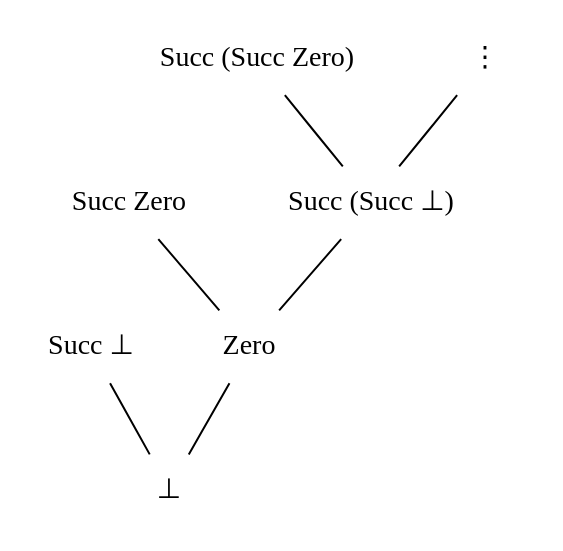
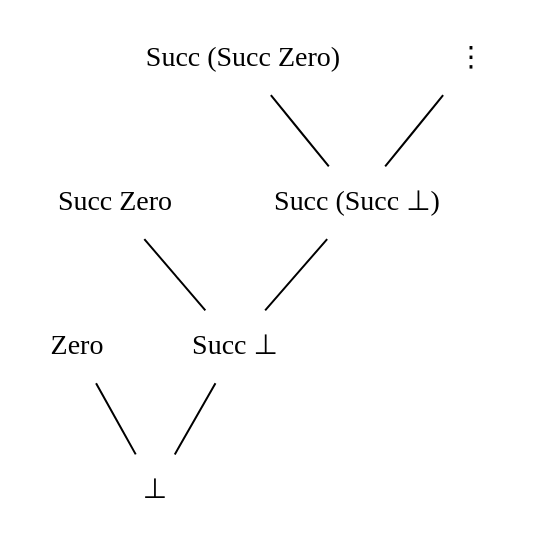
The diagram in scratch/natdomain.dot (danr/hip), drawn with Graphviz before and after one commit. The commit also changed 1 other file, not shown here.

```diff
--- a/scratch/natdomain.dot
+++ b/scratch/natdomain.dot
@@ -1,35 +1,35 @@
 graph natdomain
 {
         rankdir=BT
 
 	node [shape=plaintext]
 
         {       rank = same;
                 cl [label="Succ (Succ Zero)"];
                 cr [label="&#8942;"];
         }
 
 	{	rank = same;
                 bl [label="Succ Zero"];
                 br [label="Succ (Succ &perp;)"];
 	}
 
 	{	rank = same;
-		al [label="Succ &perp;"];
-		ar [label="Zero"];
+		al [label="Zero"];
+        	ar [label="Succ &perp;"];
 	}
 
         {       rank = same;
                 bot [label="&perp;"];
         }
 
         bot -- al;
         bot -- ar;
 
         ar -- bl;
         ar -- br;
 
         br -- cl;
         br -- cr;
 
 }
```
